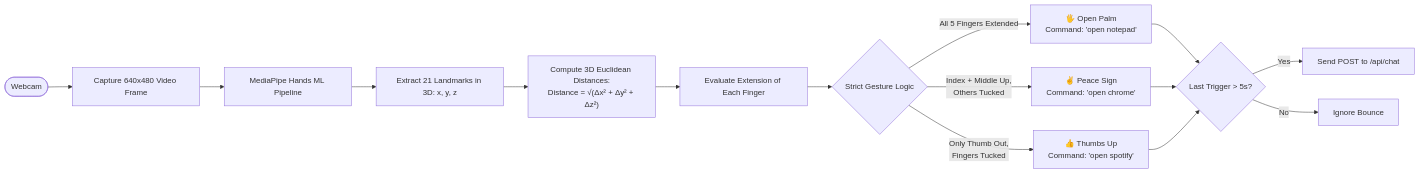
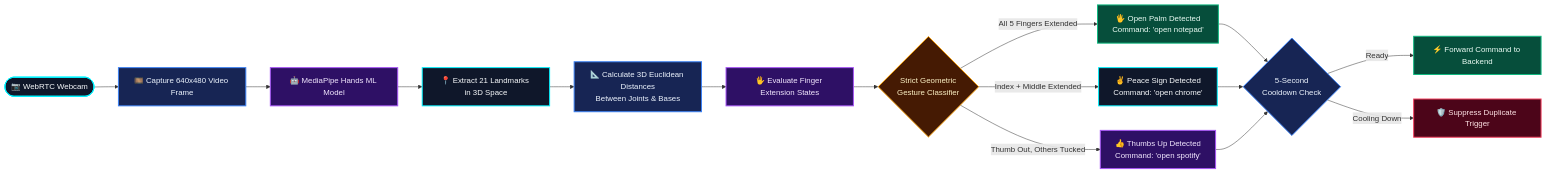
Before and after one commit to Parth-Chavan-15/Jarvis_Core: the fourth of 6 diagrams in README.md, drawn with Mermaid. The commit also changed other lines of this file, not shown here.

Commit message:
docs: streamline README, add vibrant color-coded flowcharts, remove redundant sections, and polish styling

````diff
--- a/README.md
+++ b/README.md
@@ -314,21 +335,28 @@
 ```mermaid
 flowchart LR
-    CAM([Webcam]) --> FRAME[Capture 640x480 Video Frame]
-    FRAME --> MP[MediaPipe Hands ML Pipeline]
-    MP --> 3D_POINTS[Extract 21 Landmarks in 3D: x, y, z]
+    classDef cyan fill:#0f172a,stroke:#00f3ff,stroke-width:2px,color:#f8fafc;
+    classDef purple fill:#2e1065,stroke:#a855f7,stroke-width:2px,color:#f3e8ff;
+    classDef green fill:#064e3b,stroke:#10b981,stroke-width:2px,color:#ecfdf5;
+    classDef amber fill:#451a03,stroke:#f59e0b,stroke-width:2px,color:#fef3c7;
+    classDef pink fill:#4c0519,stroke:#f43f5e,stroke-width:2px,color:#ffe4e6;
+    classDef blue fill:#172554,stroke:#3b82f6,stroke-width:2px,color:#eff6ff;
+
+    CAM(["📷 WebRTC Webcam"]):::cyan --> FRAME["🎞️ Capture 640x480 Video Frame"]:::blue
+    FRAME --> MP["🤖 MediaPipe Hands ML Model"]:::purple
+    MP --> POINTS["📍 Extract 21 Landmarks in 3D Space"]:::cyan
     
-    3D_POINTS --> MATH["Compute 3D Euclidean Distances:\nDistance = √(Δx² + Δy² + Δz²)"]
-    MATH --> FINGERS[Evaluate Extension of Each Finger]
+    POINTS --> MATH["📐 Calculate 3D Euclidean Distances\nBetween Joints & Bases"]:::blue
+    MATH --> FINGERS["🖐️ Evaluate Finger Extension States"]:::purple
 
-    FINGERS --> LOGIC{Strict Gesture Logic}
-    LOGIC -- "All 5 Fingers Extended" --> PALM["🖐️ Open Palm\nCommand: 'open notepad'"]
-    LOGIC -- "Index + Middle Up,\nOthers Tucked" --> PEACE["✌️ Peace Sign\nCommand: 'open chrome'"]
-    LOGIC -- "Only Thumb Out,\nFingers Tucked" --> THUMB["👍 Thumbs Up\nCommand: 'open spotify'"]
+    FINGERS --> LOGIC{"Strict Geometric\nGesture Classifier"}:::amber
+    LOGIC -- All 5 Fingers Extended --> PALM["🖐️ Open Palm Detected\nCommand: 'open notepad'"]:::green
+    LOGIC -- Index + Middle Extended --> PEACE["✌️ Peace Sign Detected\nCommand: 'open chrome'"]:::cyan
+    LOGIC -- Thumb Out, Others Tucked --> THUMB["👍 Thumbs Up Detected\nCommand: 'open spotify'"]:::purple
 
-    PALM --> COOLDOWN{Last Trigger > 5s?}
+    PALM --> COOLDOWN{"5-Second\nCooldown Check"}:::blue
     PEACE --> COOLDOWN
     THUMB --> COOLDOWN
 
-    COOLDOWN -- Yes --> API[Send POST to /api/chat]
-    COOLDOWN -- No --> SUPPRESS[Ignore Bounce]
+    COOLDOWN -- Ready --> API["⚡ Forward Command to Backend"]:::green
+    COOLDOWN -- Cooling Down --> SUPPRESS["🛡️ Suppress Duplicate Trigger"]:::pink
 ```
````
